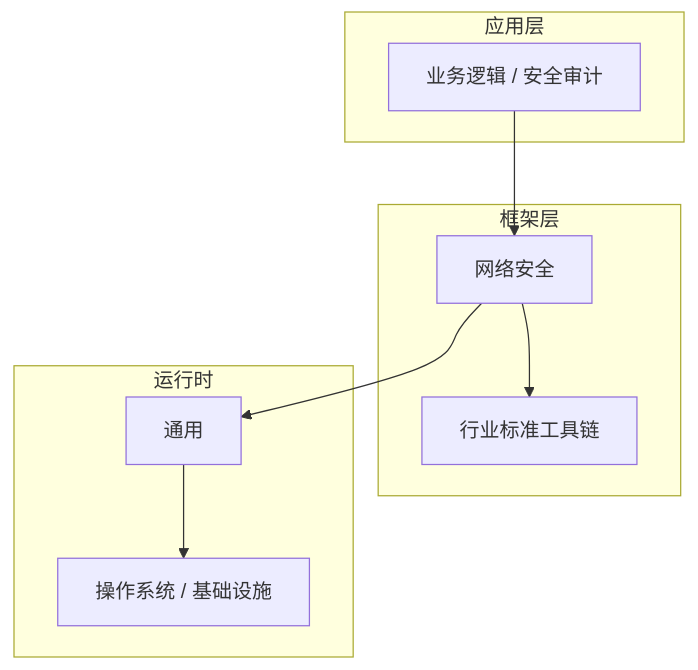
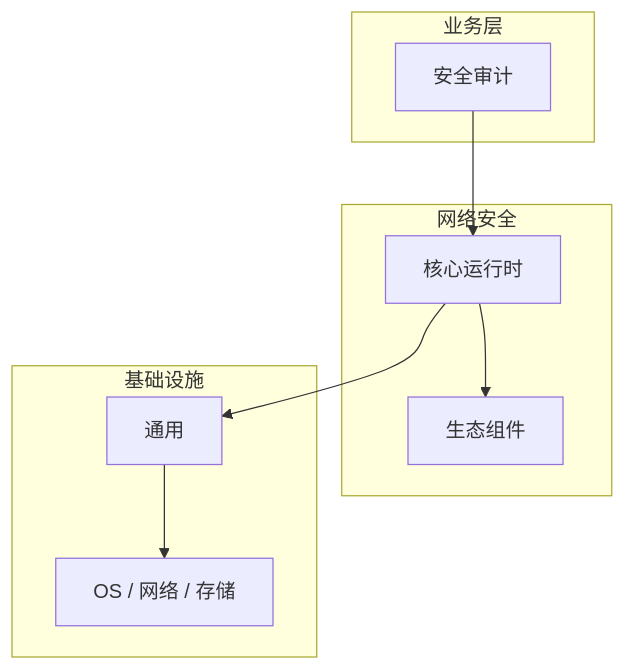
One commit to yanggan2015/knowledge-json-v2 changed the diagram in articles/网络安全/chapters/083-安全审计核心概念与原理.md. Above: the diagram before and after it, drawn with Mermaid. The commit also changed other lines of this file and 10127 other files, not shown here.

````diff
--- a/articles/网络安全/chapters/083-安全审计核心概念与原理.md
+++ b/articles/网络安全/chapters/083-安全审计核心概念与原理.md
@@ -46,18 +35,18 @@
 ```mermaid
 graph TB
-    subgraph 应用层
-        A[业务逻辑 / 安全审计]
+    subgraph 业务层
+        A[安全审计]
     end
-    subgraph 框架层
-        B[网络安全]
-        C[行业标准工具链]
+    subgraph 网络安全
+        B[核心运行时]
+        C[生态组件]
     end
-    subgraph 运行时
+    subgraph 基础设施
         D[通用]
-        E[操作系统 / 基础设施]
+        E[OS / 网络 / 存储]
     end
     A --> B
     B --> C
     B --> D
     D --> E
 ```
````
